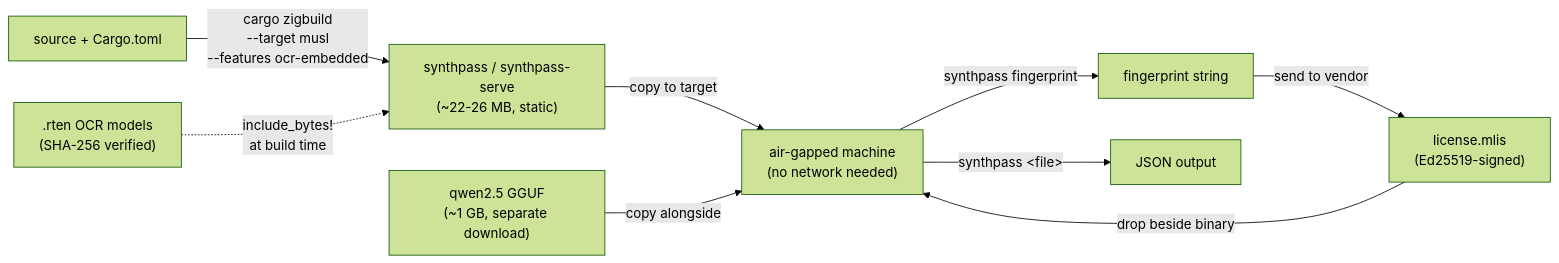
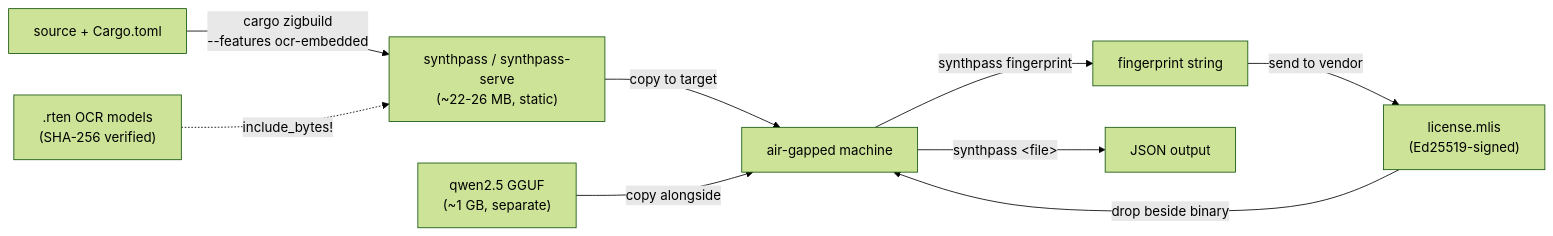
Before and after one commit to ruledicaprio/SynthPass: the third of 3 diagrams in README.md, drawn with Mermaid (forest theme). The commit also changed other lines of this file, not shown here.

````diff
--- a/README.md
+++ b/README.md
@@ -258,11 +382,11 @@
 ```mermaid
 flowchart LR
-    SRC["source + Cargo.toml"] -->|"cargo zigbuild<br/>--target musl<br/>--features ocr-embedded"| BIN["synthpass / synthpass-serve<br/>(~22-26 MB, static)"]
-    RTEN[".rten OCR models<br/>(SHA-256 verified)"] -.->|"include_bytes!<br/>at build time"| BIN
-    BIN -->|"copy to target"| AIR["air-gapped machine<br/>(no network needed)"]
-    GGUF["qwen2.5 GGUF<br/>(~1 GB, separate download)"] -->|"copy alongside"| AIR
+    SRC["source + Cargo.toml"] -->|"cargo zigbuild<br/>--features ocr-embedded"| BIN["synthpass / synthpass-serve<br/>(~22-26 MB, static)"]
+    RTEN[".rten OCR models<br/>(SHA-256 verified)"] -.->|"include_bytes!"| BIN
+    BIN -->|"copy to target"| AIR["air-gapped machine"]
+    GGUF["qwen2.5 GGUF<br/>(~1 GB, separate)"] -->|"copy alongside"| AIR
     AIR -->|"synthpass fingerprint"| FP["fingerprint string"]
     FP -->|"send to vendor"| LIC["license.mlis<br/>(Ed25519-signed)"]
     LIC -->|"drop beside binary"| AIR
-    AIR -->|"synthpass &lt;file&gt;"| OUT2["JSON output"]
+    AIR -->|"synthpass &lt;file&gt;"| OUT["JSON output"]
 ```
````
